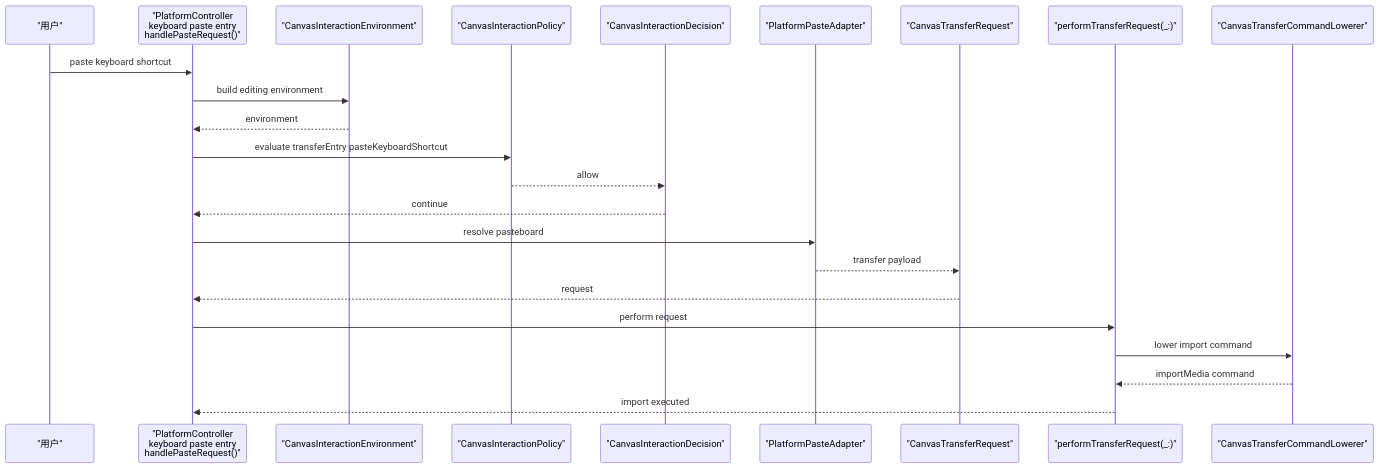
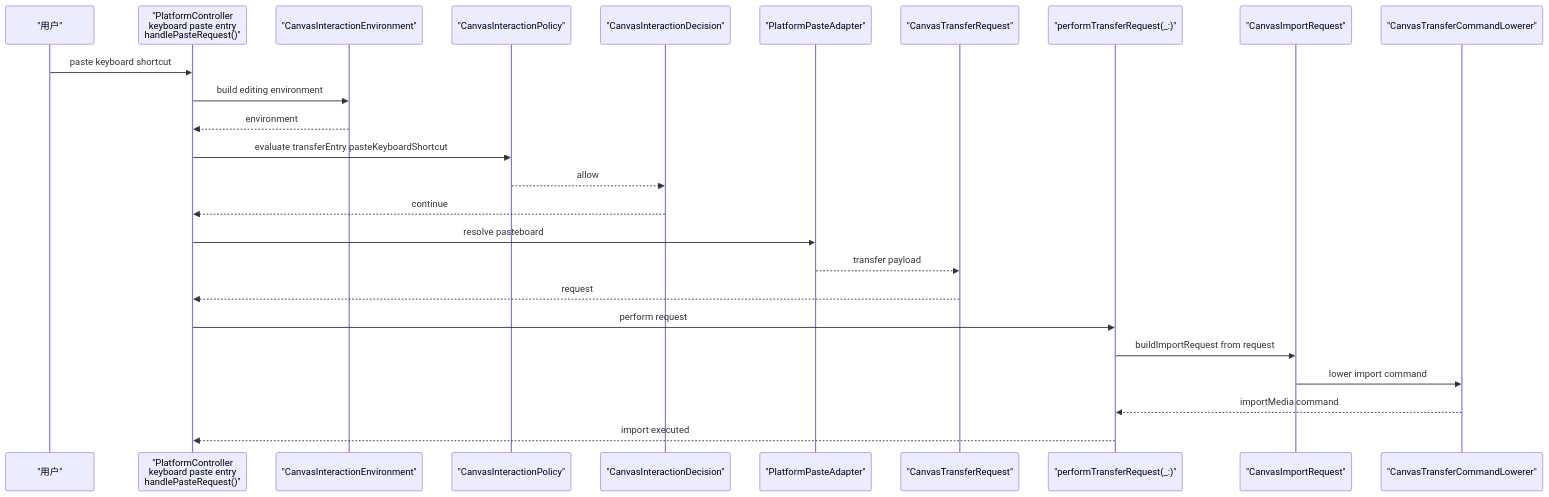
The second of 8 diagrams in .cursor/plans/方案4输入意图收敛_b466a267.plan.md (ShaunCheh/MyCanvas_Ver_0), drawn with Mermaid before and after one commit. The commit also changed other lines of this file, not shown here.

````diff
--- a/.cursor/plans/方案4输入意图收敛_b466a267.plan.md
+++ b/.cursor/plans/方案4输入意图收敛_b466a267.plan.md
@@ -172,27 +193,29 @@
 ```mermaid
 %% .cursor/plans/方案4输入意图收敛_b466a267.plan.md
 sequenceDiagram
     participant User as "用户"
     participant PlatformController as "PlatformController<br/>keyboard paste entry<br/>handlePasteRequest()"
     participant Environment as "CanvasInteractionEnvironment"
     participant Policy as "CanvasInteractionPolicy"
     participant Decision as "CanvasInteractionDecision"
     participant Adapter as "PlatformPasteAdapter"
     participant TransferRequest as "CanvasTransferRequest"
     participant TransferExecutor as "performTransferRequest(_:)"
+    participant ImportRequest as "CanvasImportRequest"
     participant Lowerer as "CanvasTransferCommandLowerer"
 
     User->>PlatformController: paste keyboard shortcut
     PlatformController->>Environment: build editing environment
     Environment-->>PlatformController: environment
     PlatformController->>Policy: evaluate transferEntry pasteKeyboardShortcut
     Policy-->>Decision: allow
     Decision-->>PlatformController: continue
     PlatformController->>Adapter: resolve pasteboard
     Adapter-->>TransferRequest: transfer payload
     TransferRequest-->>PlatformController: request
     PlatformController->>TransferExecutor: perform request
-    TransferExecutor->>Lowerer: lower import command
+    TransferExecutor->>ImportRequest: buildImportRequest from request
+    ImportRequest->>Lowerer: lower import command
     Lowerer-->>TransferExecutor: importMedia command
     TransferExecutor-->>PlatformController: import executed
 ```
````
